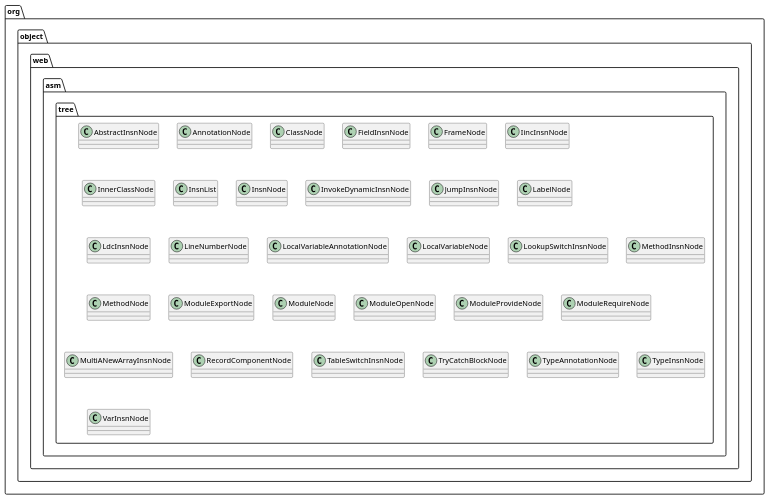
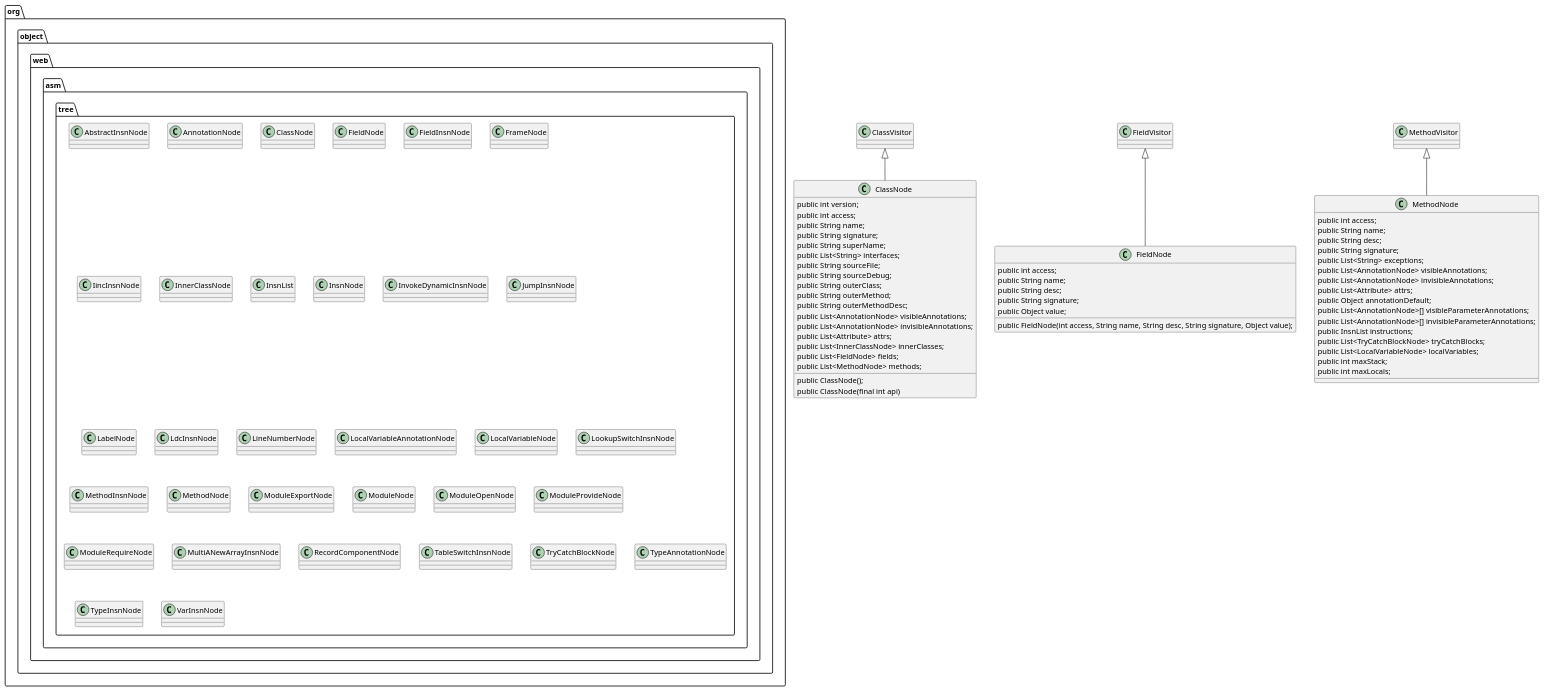
One commit to dengshiwei/asm-module changed the diagram in asm_example/uml-file/TreeAPI.puml. Above: the diagram before and after it, drawn with PlantUML.

Commit message:
add field

```diff
--- a/asm_example/uml-file/TreeAPI.puml
+++ b/asm_example/uml-file/TreeAPI.puml
@@ -1,37 +1,87 @@
 @startuml
 
 package org.object.web.asm.tree {
    class AbstractInsnNode
    class AnnotationNode
    class ClassNode
+   class FieldNode
    class FieldInsnNode
    class FrameNode
    class IincInsnNode
    class InnerClassNode
    class InsnList
    class InsnNode
    class InvokeDynamicInsnNode
    class JumpInsnNode
    class LabelNode
    class LdcInsnNode
    class LineNumberNode
    class LocalVariableAnnotationNode
    class LocalVariableNode
    class LookupSwitchInsnNode
    class MethodInsnNode
    class MethodNode
    class ModuleExportNode
    class ModuleNode
    class ModuleOpenNode
    class ModuleProvideNode
    class ModuleRequireNode
    class MultiANewArrayInsnNode
    class RecordComponentNode
    class TableSwitchInsnNode
    class TryCatchBlockNode
    class TypeAnnotationNode
    class TypeInsnNode
    class VarInsnNode
 }
 
+class ClassNode extends ClassVisitor {
+  public int version;
+  public int access;
+  public String name;
+  public String signature;
+  public String superName;
+  public List<String> interfaces;
+  public String sourceFile;
+  public String sourceDebug;
+  public String outerClass;
+  public String outerMethod;
+  public String outerMethodDesc;
+  public List<AnnotationNode> visibleAnnotations;
+  public List<AnnotationNode> invisibleAnnotations;
+  public List<Attribute> attrs;
+  public List<InnerClassNode> innerClasses;
+  public List<FieldNode> fields;
+  public List<MethodNode> methods;
+  public ClassNode();
+  public ClassNode(final int api)
+}
+class FieldNode extends FieldVisitor {
+	 public int access;
+	 public String name;
+	 public String desc;
+	 public String signature;
+	 public Object value;
+	 public FieldNode(int access, String name, String desc, String signature, Object value);
+}
+class MethodNode extends MethodVisitor {
+	 public int access;
+	 public String name;
+	 public String desc;
+	 public String signature;
+	 public List<String> exceptions;
+	 public List<AnnotationNode> visibleAnnotations;
+	 public List<AnnotationNode> invisibleAnnotations;
+	 public List<Attribute> attrs;
+	 public Object annotationDefault;
+	 public List<AnnotationNode>[] visibleParameterAnnotations;
+	 public List<AnnotationNode>[] invisibleParameterAnnotations;
+	 public InsnList instructions;
+	 public List<TryCatchBlockNode> tryCatchBlocks;
+	 public List<LocalVariableNode> localVariables;
+	 public int maxStack;
+	 public int maxLocals;
+}
+
+
 @enduml
```
